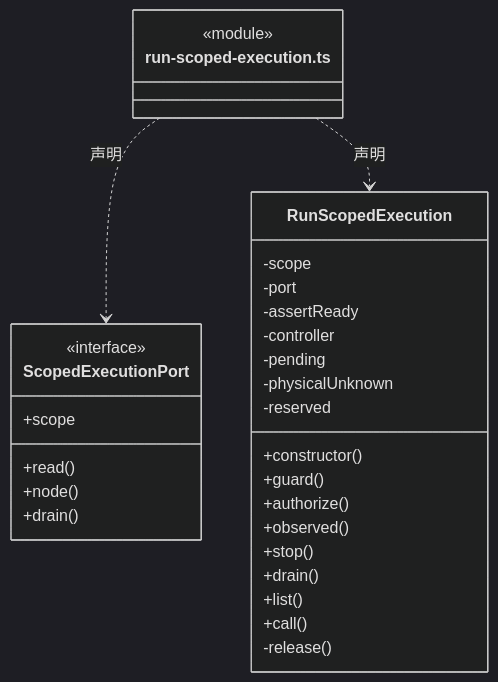
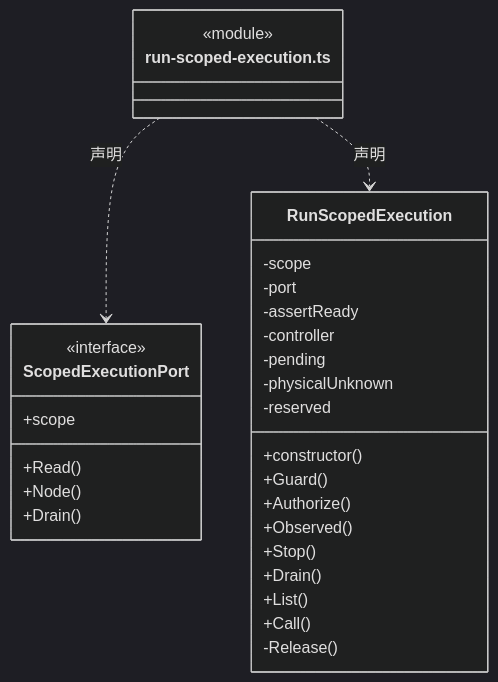
Diagram 13 of 18 in src/logic/execution/rules/capabilities/ARCHITECTURE.md (nan023062/cbim), drawn with Mermaid (dark theme) before and after one commit. The commit also changed other lines of this file and 1035 other files, not shown here.

````diff
--- a/src/logic/execution/rules/capabilities/ARCHITECTURE.md
+++ b/src/logic/execution/rules/capabilities/ARCHITECTURE.md
@@ -351,33 +351,33 @@
 ```mermaid
 classDiagram
 class N_src_logic_execution_rules_capabilities_run_scoped_execution_ts["run-scoped-execution.ts"] {
   <<module>>
 }
 class N_src_logic_execution_rules_capabilities_run_scoped_execution_ts_ScopedExecutionPort["ScopedExecutionPort"] {
   <<interface>>
   +scope
-  +read()
-  +node()
-  +drain()
+  +Read()
+  +Node()
+  +Drain()
 }
 N_src_logic_execution_rules_capabilities_run_scoped_execution_ts ..> N_src_logic_execution_rules_capabilities_run_scoped_execution_ts_ScopedExecutionPort : 声明
 class N_src_logic_execution_rules_capabilities_run_scoped_execution_ts_RunScopedExecution["RunScopedExecution"] {
   +constructor()
-  +guard()
-  +authorize()
-  +observed()
-  +stop()
-  +drain()
-  +list()
-  +call()
+  +Guard()
+  +Authorize()
+  +Observed()
+  +Stop()
+  +Drain()
+  +List()
+  +Call()
   -scope
   -port
   -assertReady
   -controller
   -pending
   -physicalUnknown
   -reserved
-  -release()
+  -Release()
 }
 N_src_logic_execution_rules_capabilities_run_scoped_execution_ts ..> N_src_logic_execution_rules_capabilities_run_scoped_execution_ts_RunScopedExecution : 声明
 ```
````
